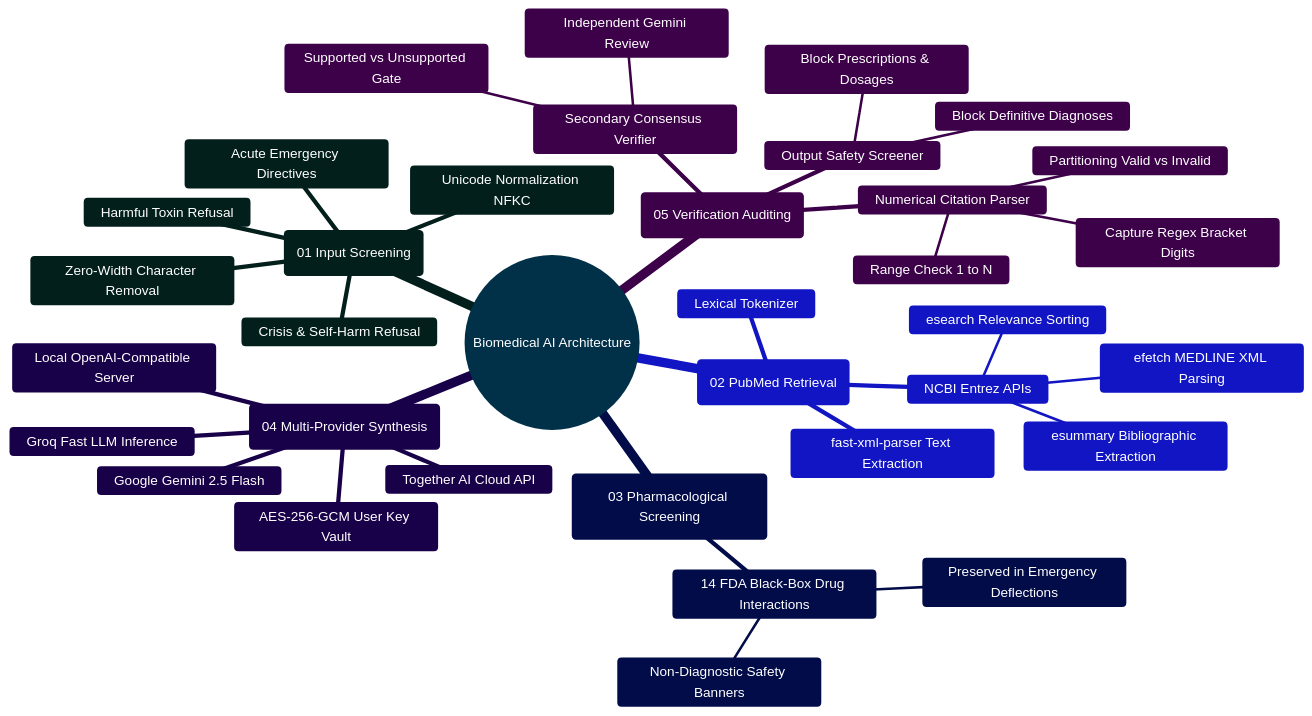
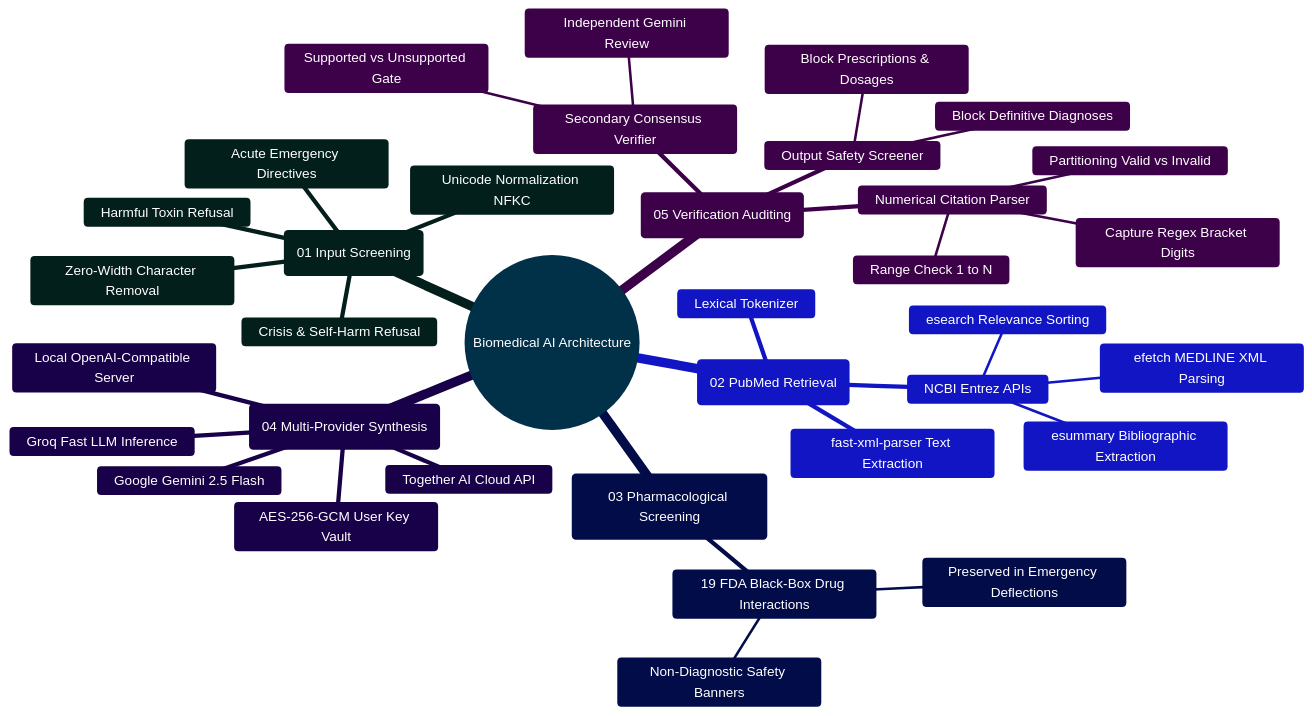
One commit to Ganesh172919/React-App-LLM changed the first of 3 diagrams in docs/AI_ARCHITECTURE_AND_WORKING_PRINCIPLES.md. Above: the diagram before and after it, drawn with Mermaid. The commit also changed other lines of this file and 12 other files, not shown here.

````diff
--- a/docs/AI_ARCHITECTURE_AND_WORKING_PRINCIPLES.md
+++ b/docs/AI_ARCHITECTURE_AND_WORKING_PRINCIPLES.md
@@ -92,40 +92,40 @@
 ```mermaid
 %%{init: {'theme': 'base', 'themeVariables': { 'primaryColor': '#0284c7', 'primaryTextColor': '#ffffff', 'primaryBorderColor': '#0369a1', 'lineColor': '#0284c7', 'secondaryColor': '#0d9488', 'tertiaryColor': '#6366f1' }}}%%
 mindmap
   root((Biomedical AI Architecture))
     ::icon(fa fa-stethoscope)
     (01 Input Screening)
       Unicode Normalization NFKC
       Zero-Width Character Removal
       Crisis & Self-Harm Refusal
       Harmful Toxin Refusal
       Acute Emergency Directives
     (02 PubMed Retrieval)
       Lexical Tokenizer
       NCBI Entrez APIs
         esearch Relevance Sorting
         esummary Bibliographic Extraction
         efetch MEDLINE XML Parsing
       fast-xml-parser Text Extraction
     (03 Pharmacological Screening)
-      14 FDA Black-Box Drug Interactions
+      19 FDA Black-Box Drug Interactions
         Preserved in Emergency Deflections
         Non-Diagnostic Safety Banners
     (04 Multi-Provider Synthesis)
       Google Gemini 2.5 Flash
       Groq Fast LLM Inference
       Together AI Cloud API
       Local OpenAI-Compatible Server
       AES-256-GCM User Key Vault
     (05 Verification Auditing)
       Numerical Citation Parser
         Capture Regex Bracket Digits
         Range Check 1 to N
         Partitioning Valid vs Invalid
       Secondary Consensus Verifier
         Independent Gemini Review
         Supported vs Unsupported Gate
       Output Safety Screener
         Block Prescriptions & Dosages
         Block Definitive Diagnoses
 ```
````
